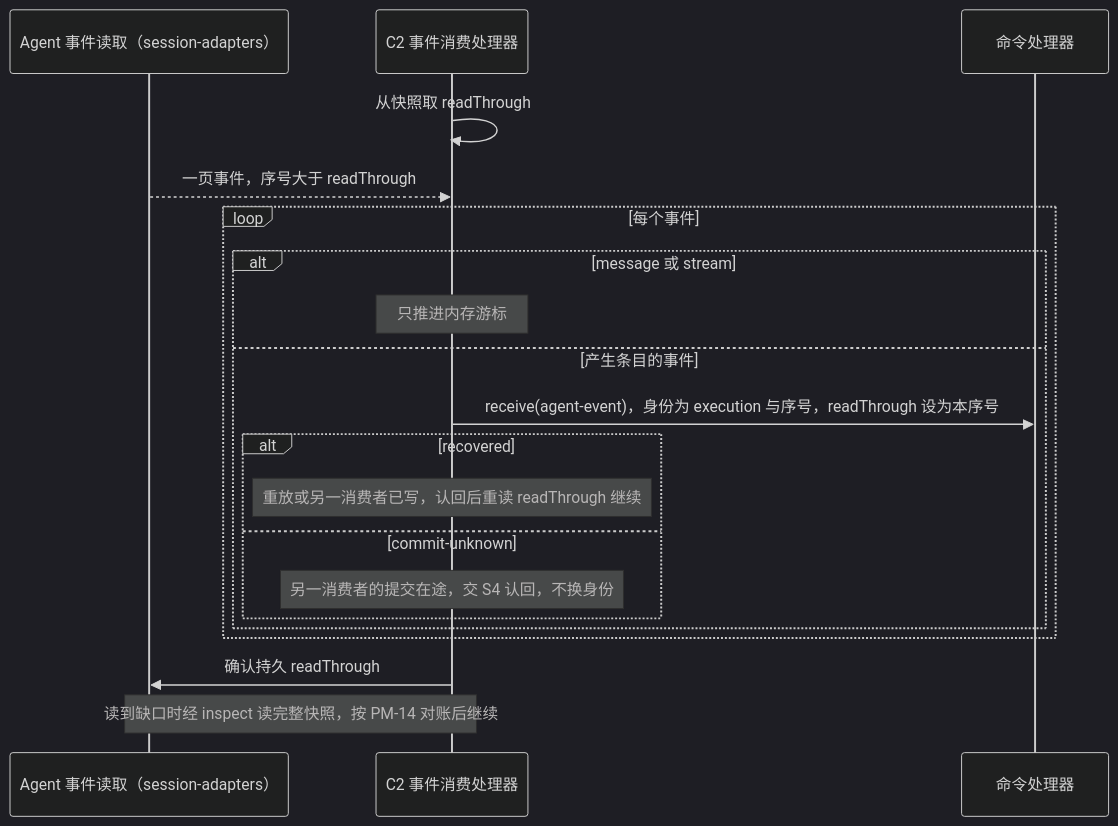
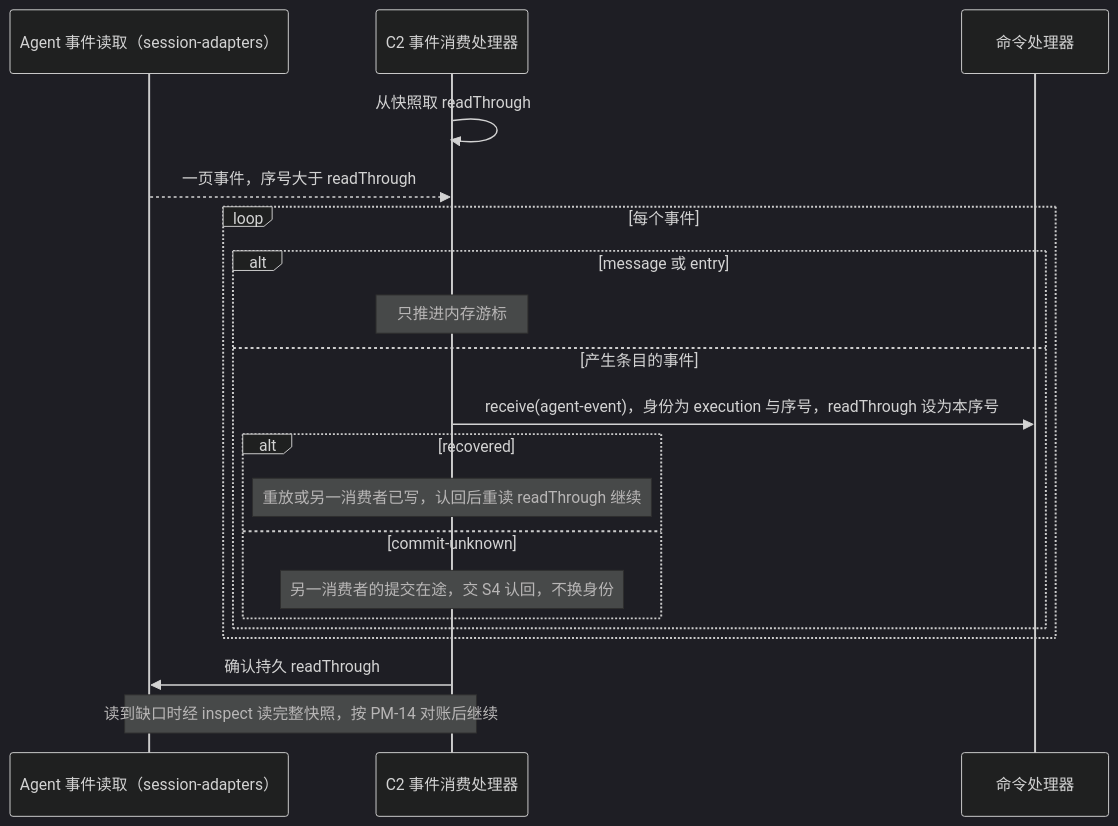
The fourth of 15 diagrams in packages/session/session/docs/flows.md (nemori-ai/omne-harness-lite), drawn with Mermaid (dark theme) before and after one commit. The commit also changed 7 other files, not shown here.

````diff
--- a/packages/session/session/docs/flows.md
+++ b/packages/session/session/docs/flows.md
@@ -113,22 +113,22 @@
 ```mermaid
 sequenceDiagram
     participant Ev as Agent 事件读取（session-adapters）
     participant C2 as C2 事件消费处理器
     participant CP as 命令处理器
     C2->>C2: 从快照取 readThrough
     Ev-->>C2: 一页事件，序号大于 readThrough
     loop 每个事件
-        alt message 或 stream
+        alt message 或 entry
             Note over C2: 只推进内存游标
         else 产生条目的事件
             C2->>CP: receive(agent-event)，身份为 execution 与序号，readThrough 设为本序号
             alt recovered
                 Note over C2: 重放或另一消费者已写，认回后重读 readThrough 继续
             else commit-unknown
                 Note over C2: 另一消费者的提交在途，交 S4 认回，不换身份
             end
         end
     end
     C2->>Ev: 确认持久 readThrough
     Note over Ev,C2: 读到缺口时经 inspect 读完整快照，按 PM-14 对账后继续
 ```
````
